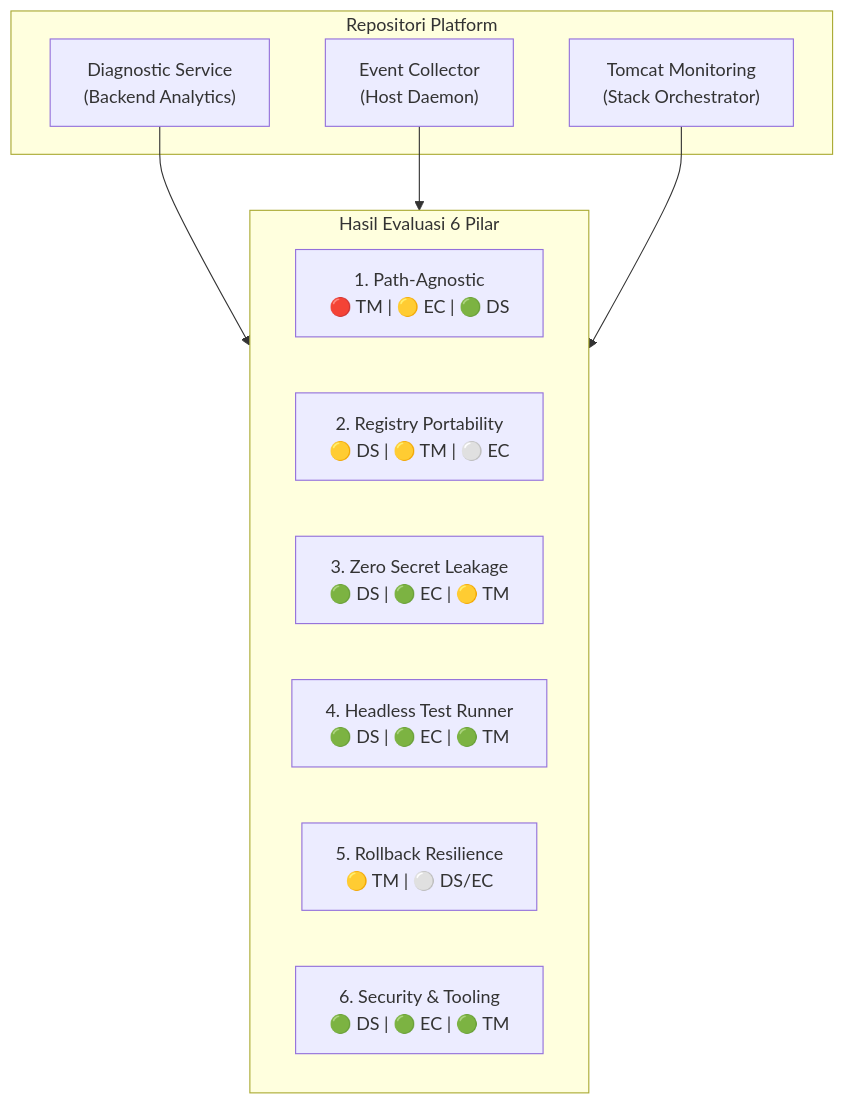
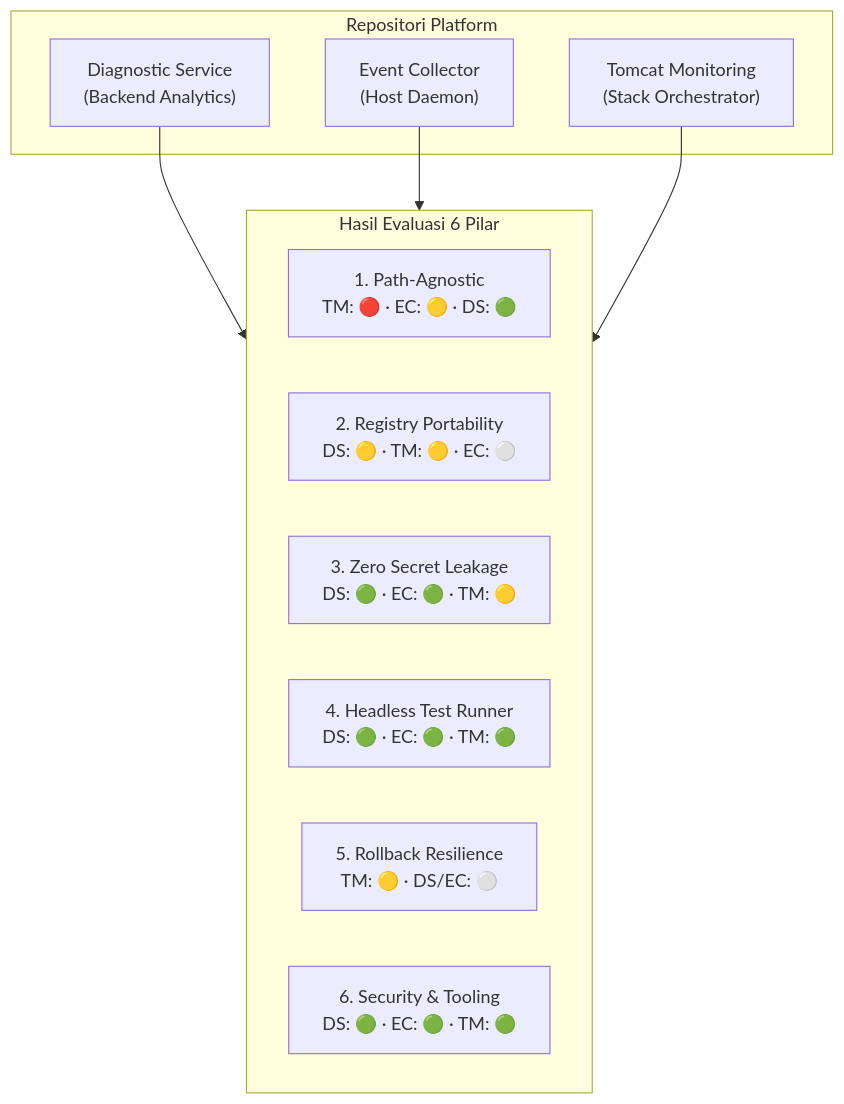
One commit to edkas07-oss/devops-handbook changed the second of 3 diagrams in docs/projects/tomcat-monitoring/engineering-journal/continuous-integration-and-deployment/TN-002-audit-and-standardize-repositories-for-production-plug-and-play-readiness.md. Above: the diagram before and after it, drawn with Mermaid. The commit also changed other lines of this file and 5 other files, not shown here.

Commit message:
docs(journal): polish mermaid box labels, headings, and roadmap numbering in ci-cd journals

````diff
--- a/docs/projects/tomcat-monitoring/engineering-journal/continuous-integration-and-deployment/TN-002-audit-and-standardize-repositories-for-production-plug-and-play-readiness.md
+++ b/docs/projects/tomcat-monitoring/engineering-journal/continuous-integration-and-deployment/TN-002-audit-and-standardize-repositories-for-production-plug-and-play-readiness.md
@@ -189,21 +189,21 @@
 ```mermaid
 flowchart TD
     subgraph Repositories["Repositori Platform"]
         DS["Diagnostic Service<br/>(Backend Analytics)"]
         EC["Event Collector<br/>(Host Daemon)"]
         TM["Tomcat Monitoring<br/>(Stack Orchestrator)"]
     end
 
     subgraph AuditResults["Hasil Evaluasi 6 Pilar"]
-        P1["1. Path-Agnostic<br/>🔴 TM | 🟡 EC | 🟢 DS"]
-        P2["2. Registry Portability<br/>🟡 DS | 🟡 TM | ⚪ EC"]
-        P3["3. Zero Secret Leakage<br/>🟢 DS | 🟢 EC | 🟡 TM"]
-        P4["4. Headless Test Runner<br/>🟢 DS | 🟢 EC | 🟢 TM"]
-        P5["5. Rollback Resilience<br/>🟡 TM | ⚪ DS/EC"]
-        P6["6. Security & Tooling<br/>🟢 DS | 🟢 EC | 🟢 TM"]
+        P1["1. Path-Agnostic<br/>TM: 🔴 · EC: 🟡 · DS: 🟢"]
+        P2["2. Registry Portability<br/>DS: 🟡 · TM: 🟡 · EC: ⚪"]
+        P3["3. Zero Secret Leakage<br/>DS: 🟢 · EC: 🟢 · TM: 🟡"]
+        P4["4. Headless Test Runner<br/>DS: 🟢 · EC: 🟢 · TM: 🟢"]
+        P5["5. Rollback Resilience<br/>TM: 🟡 · DS/EC: ⚪"]
+        P6["6. Security & Tooling<br/>DS: 🟢 · EC: 🟢 · TM: 🟢"]
     end
 
     DS --> AuditResults
     EC --> AuditResults
     TM --> AuditResults
 ```
````
